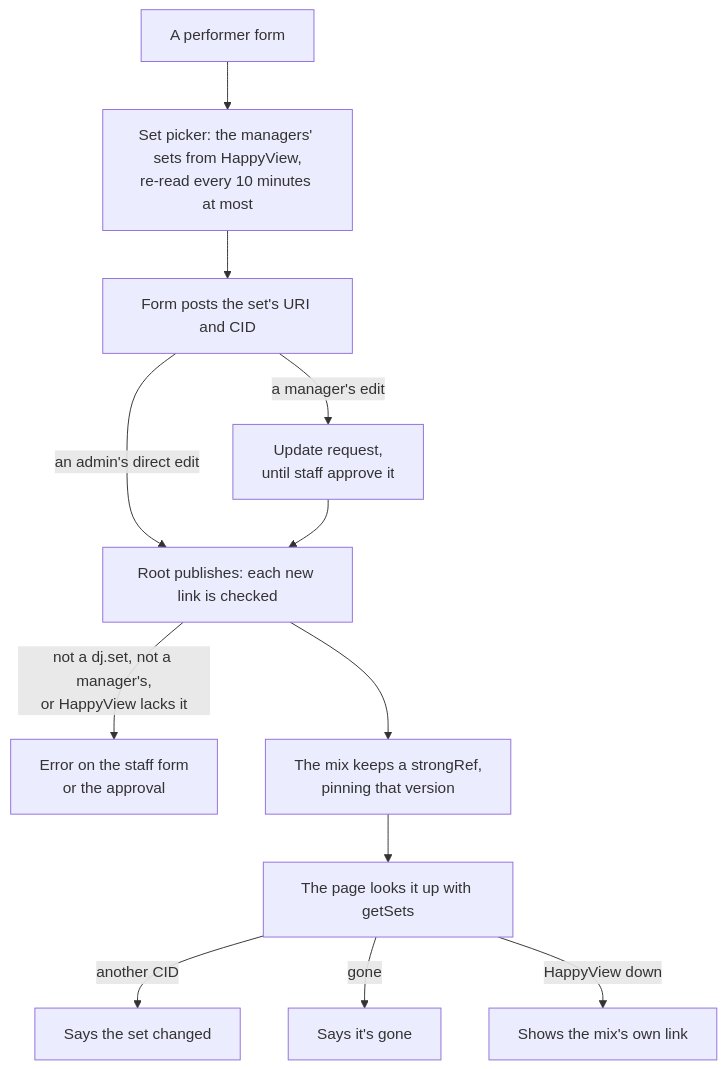
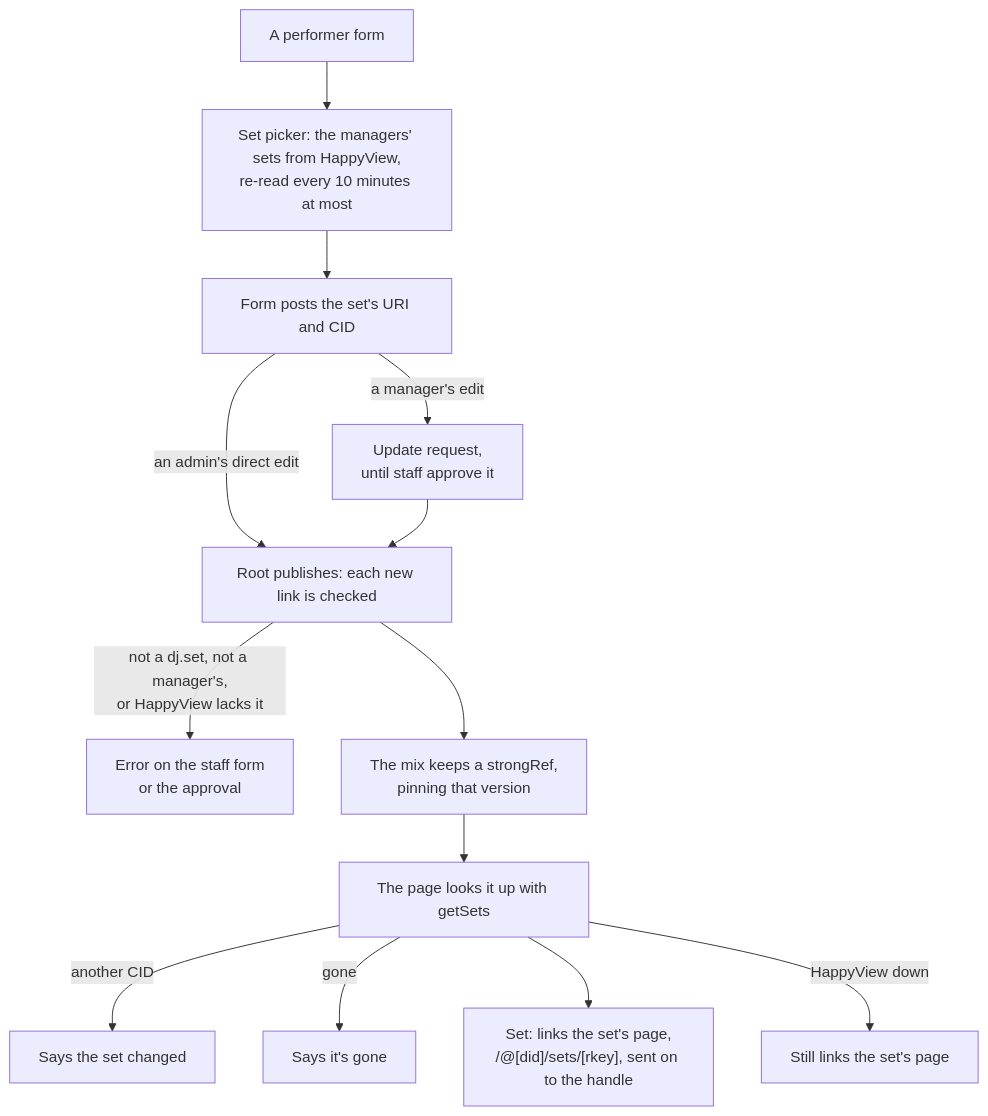
Before and after one commit to cutenode/localnetwork: the second of 6 diagrams in apps/web/docs/diagrams/mixes-and-sets.md, drawn with Mermaid. The commit also changed other lines of this file and 24 other files, not shown here.

First line of the commit message:
feat(web): give each set a page at /@handle/sets/<rkey>

````diff
--- a/apps/web/docs/diagrams/mixes-and-sets.md
+++ b/apps/web/docs/diagrams/mixes-and-sets.md
@@ -35,14 +36,15 @@
 ```mermaid
 flowchart TD
   Form["A performer form"] --> Picker["Set picker: the managers' sets from HappyView,<br/>re-read every 10 minutes at most"]
   Picker --> Post["Form posts the set's URI and CID"]
   Post -- "a manager's edit" --> Review["Update request,<br/>until staff approve it"]
   Post -- "an admin's direct edit" --> Publish["Root publishes: each new link is checked"]
   Review --> Publish
   Publish -- "not a dj.set, not a manager's,<br/>or HappyView lacks it" --> Refused["Error on the staff form<br/>or the approval"]
   Publish --> Pinned["The mix keeps a strongRef,<br/>pinning that version"]
   Pinned --> Page["The page looks it up with getSets"]
   Page -- "another CID" --> Changed["Says the set changed"]
   Page -- "gone" --> Gone["Says it's gone"]
-  Page -- "HappyView down" --> Links["Shows the mix's own link"]
+  Page --> SetLink["Set: links the set's page,<br/>/@[did]/sets/[rkey], sent on to the handle"]
+  Page -- "HappyView down" --> Links["Still links the set's page"]
 ```
````
